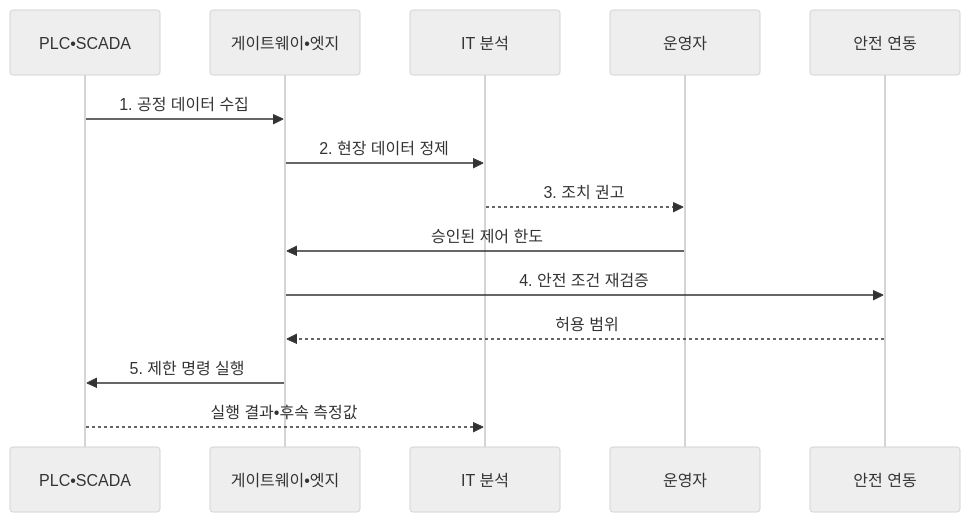
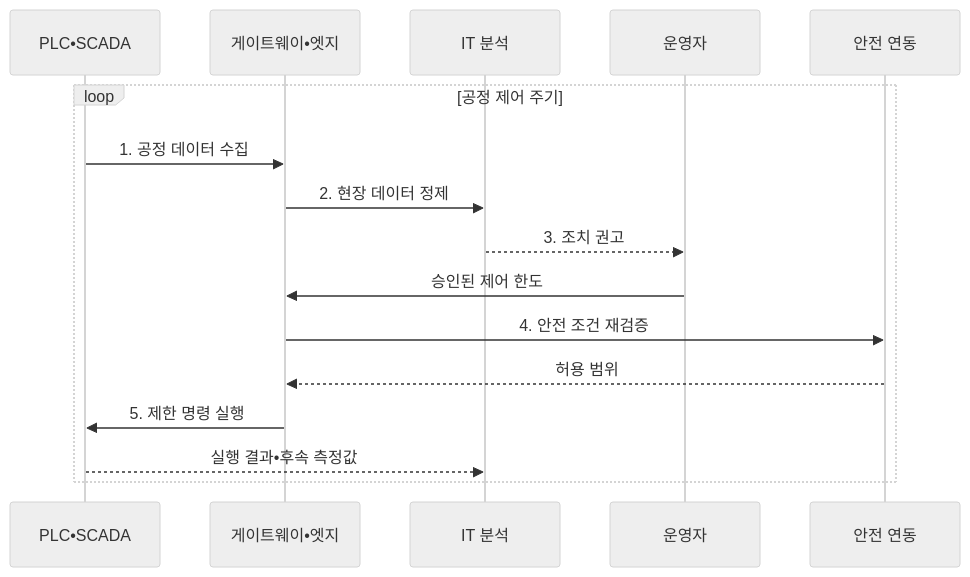
Before and after one commit to agnusdei1207/knowledge-base: the second of 2 diagrams in src/content/docs/notes/04-network/080_industrial_iot.md, drawn with Mermaid (neutral theme). The commit also changed other lines of this file and 10 other files, not shown here.

````diff
--- a/src/content/docs/notes/04-network/080_industrial_iot.md
+++ b/src/content/docs/notes/04-network/080_industrial_iot.md
@@ -103,16 +103,18 @@
 ```mermaid
 sequenceDiagram
     participant P as PLC•SCADA
     participant E as 게이트웨이•엣지
     participant A as IT 분석
     participant O as 운영자
     participant S as 안전 연동
-    P->>E: 1. 공정 데이터 수집
-    E->>A: 2. 현장 데이터 정제
-    A-->>O: 3. 조치 권고
-    O->>E: 승인된 제어 한도
-    E->>S: 4. 안전 조건 재검증
-    S-->>E: 허용 범위
-    E->>P: 5. 제한 명령 실행
-    P-->>A: 실행 결과•후속 측정값
+    loop 공정 제어 주기
+        P->>E: 1. 공정 데이터 수집
+        E->>A: 2. 현장 데이터 정제
+        A-->>O: 3. 조치 권고
+        O->>E: 승인된 제어 한도
+        E->>S: 4. 안전 조건 재검증
+        S-->>E: 허용 범위
+        E->>P: 5. 제한 명령 실행
+        P-->>A: 실행 결과•후속 측정값
+    end
 ```
````
